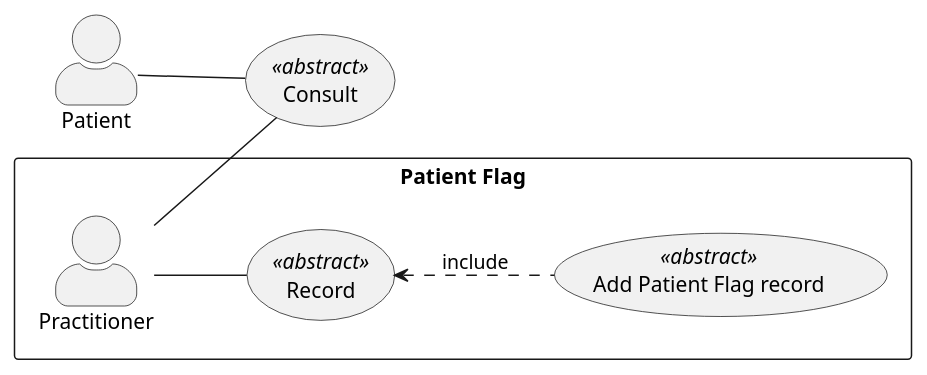
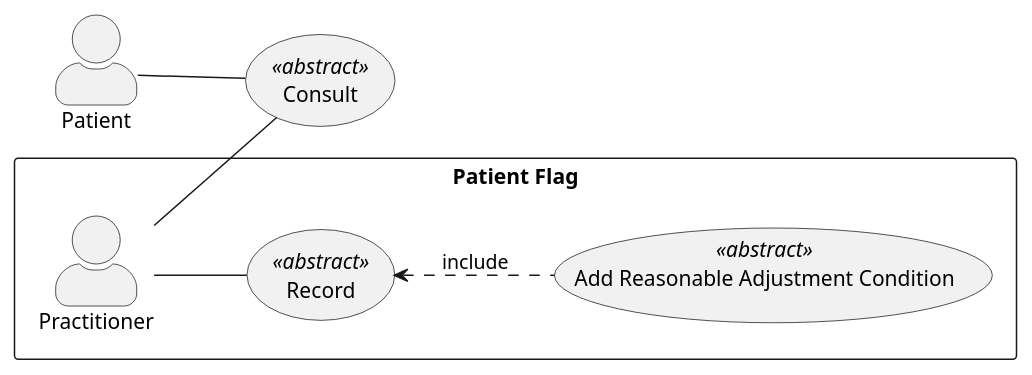
The diagram in input/images-source/add-ra-condition-usecase.plantuml (NHSDigital/ra-sandbox), drawn with PlantUML before and after one commit. The commit also changed 7 other files, not shown here.

```diff
--- a/input/images-source/add-ra-condition-usecase.plantuml
+++ b/input/images-source/add-ra-condition-usecase.plantuml
@@ -1,22 +1,22 @@
 @startuml
 
 skinparam actorStyle awesome
 left to right direction
 
 rectangle "Patient Flag"{
 actor Practitioner as pra
 usecase "Record" as record <<abstract>>
-usecase "Add Patient Flag record" as add <<abstract>>
+usecase "Add Reasonable Adjustment Condition" as add <<abstract>>
 }
 
 
 actor Patient as pat
 
 usecase "Consult" as consult <<abstract>>
 
 pat -- consult
 pra -- consult
 pra -- record
 record <.. add : include
 
 @enduml
```
